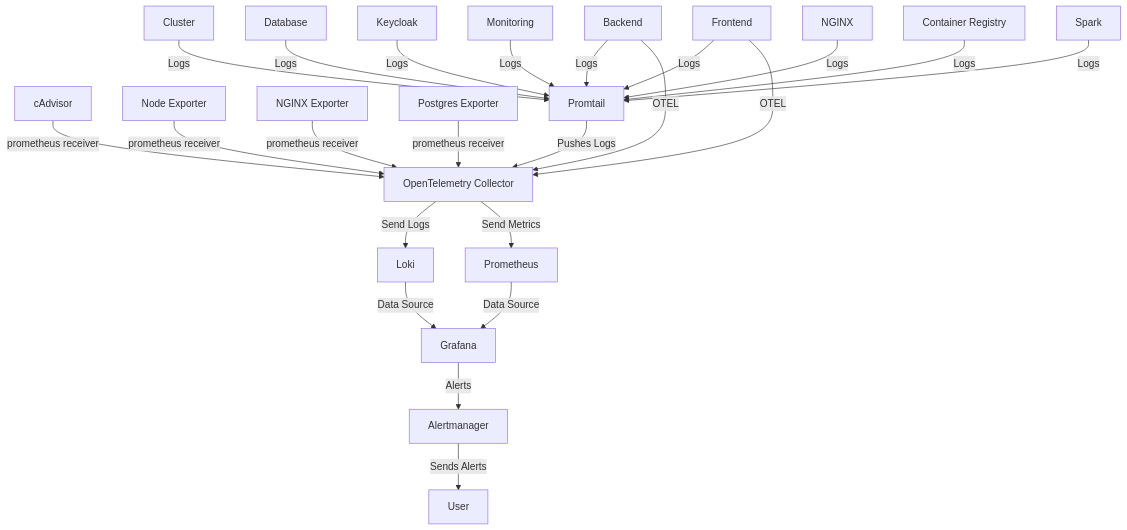
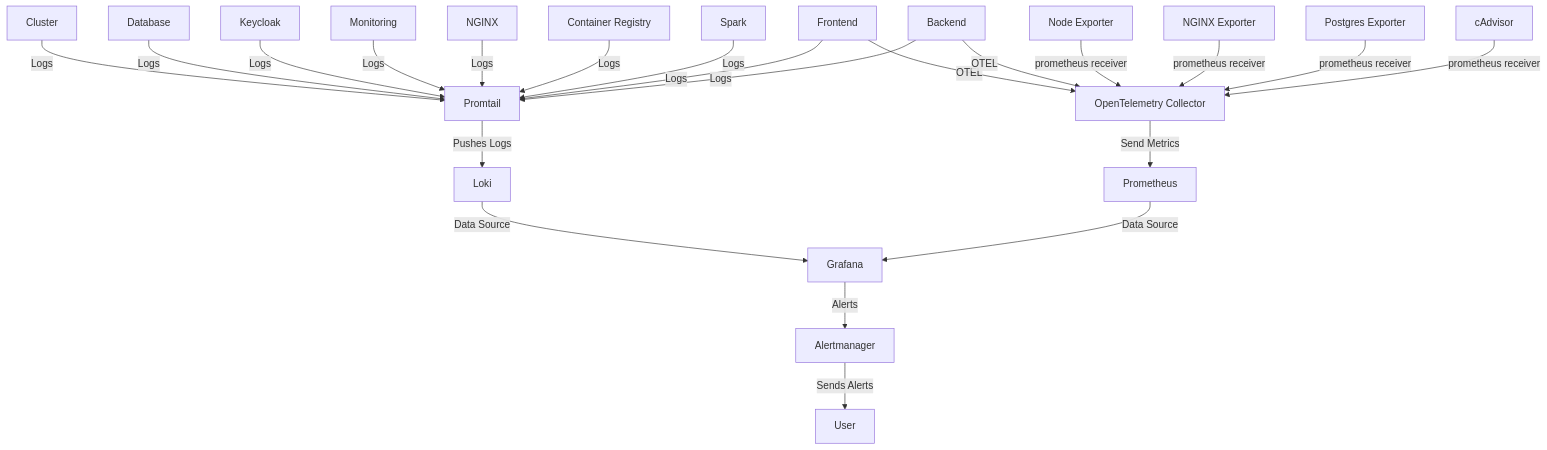
One commit to danialmd81/Code-Star-Project changed the seventh of 8 diagrams in diagrams/services-diageam.md. Above: the diagram before and after it, drawn with Mermaid. The commit also changed 3 other files, not shown here.

````diff
--- a/diagrams/services-diageam.md
+++ b/diagrams/services-diageam.md
@@ -154,55 +154,54 @@
 ```mermaid
 graph TD
 %% Monitoring & Observability
 cadvisor[cAdvisor]
 nodeexporter[Node Exporter]
 nginxexporter[NGINX Exporter]
 postgresexporter[Postgres Exporter]
 
 cluster[Cluster]
 backend[Backend]
 database[Database]
 frontend[Frontend]
 keycloak[Keycloak]
 monitoring[Monitoring]
 nginx[NGINX]
 registry[Container Registry]
 spark[Spark]
 promtail[Promtail]
 
 otelcollector[OpenTelemetry Collector]
 
 prometheus[Prometheus]
 loki[Loki]
 
 grafana[Grafana]
 alertmanager[Alertmanager]
 
 %% Log Flow
 cluster -->|Logs| promtail
-backend --> |Logs| promtail
 database --> |Logs| promtail
-frontend -->|Logs| promtail
 keycloak --> |Logs| promtail
 monitoring --> |Logs| promtail
 nginx --> |Logs| promtail
 registry --> |Logs| promtail
 spark --> |Logs| promtail
-promtail -->|Pushes Logs| otelcollector
-otelcollector -->|Send Logs| loki
+frontend -->|Logs| promtail
+backend --> |Logs| promtail
+promtail -->|Pushes Logs| loki
 
 %% Metric Flow
 frontend --> |OTEL| otelcollector
 backend --> |OTEL| otelcollector
 nodeexporter -->|prometheus receiver| otelcollector
 nginxexporter -->|prometheus receiver| otelcollector
 postgresexporter -->|prometheus receiver| otelcollector
 cadvisor -->|prometheus receiver| otelcollector
 otelcollector -->|Send Metrics| prometheus
 
 loki -->|Data Source| grafana
 prometheus -->|Data Source| grafana
 grafana -->|Alerts| alertmanager
 %% Alerting
 alertmanager -->|Sends Alerts| user[User]
 ```
````
